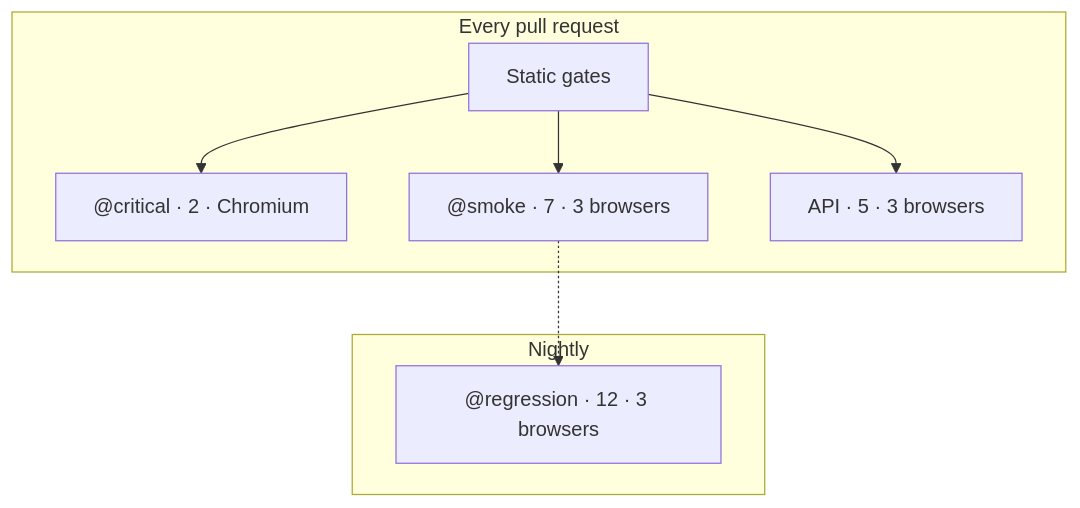
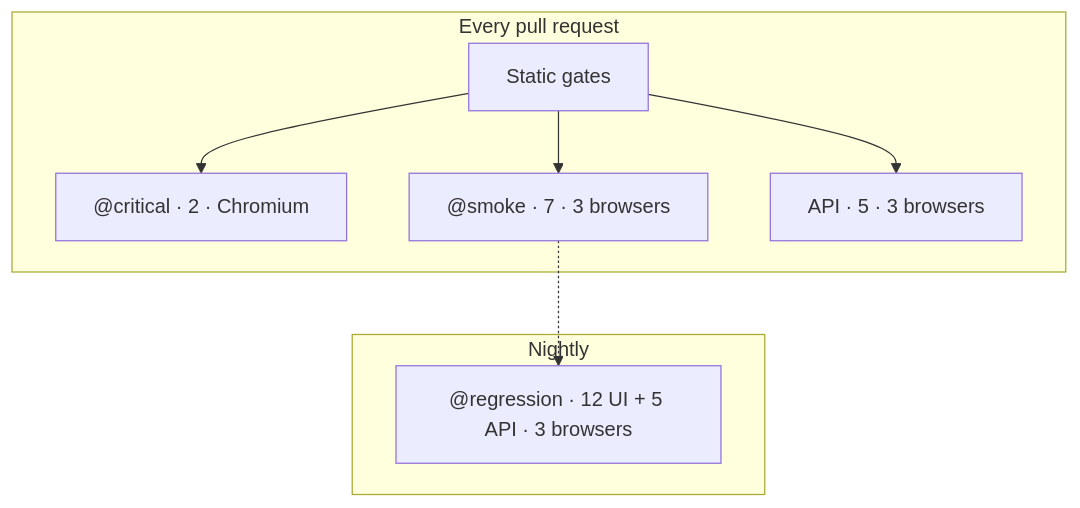
One commit to AKogut/playwright-ecommerce-framework changed the diagram in README.md. Above: the diagram before and after it, drawn with Mermaid. The commit also changed other lines of this file and 13 other files, not shown here.

````diff
--- a/README.md
+++ b/README.md
@@ -47,14 +49,14 @@
 ```mermaid
 flowchart TB
     subgraph pr["Every pull request"]
         ST[Static gates]
         CR["@critical · 2 · Chromium"]
         SM["@smoke · 7 · 3 browsers"]
         API["API · 5 · 3 browsers"]
     end
     subgraph night["Nightly"]
-        RG["@regression · 12 · 3 browsers"]
+        RG["@regression · 12 UI + 5 API · 3 browsers"]
     end
     ST --> CR & SM & API
     SM -.-> RG
 ```
````
